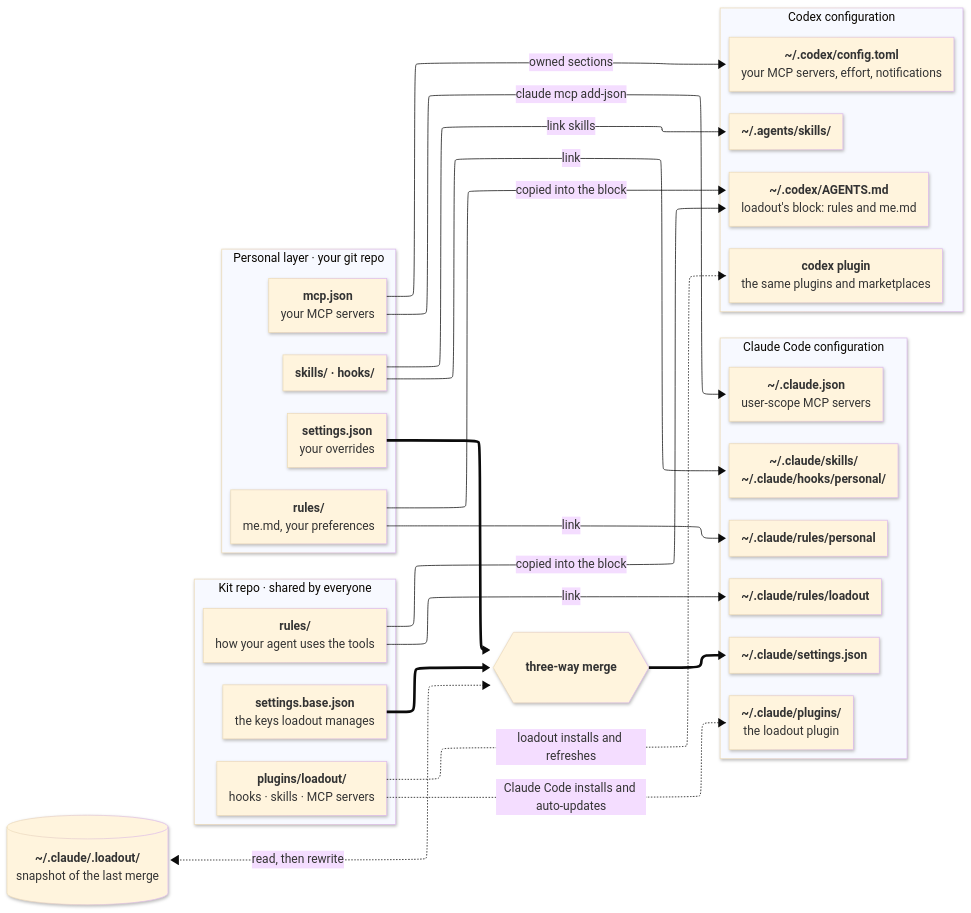
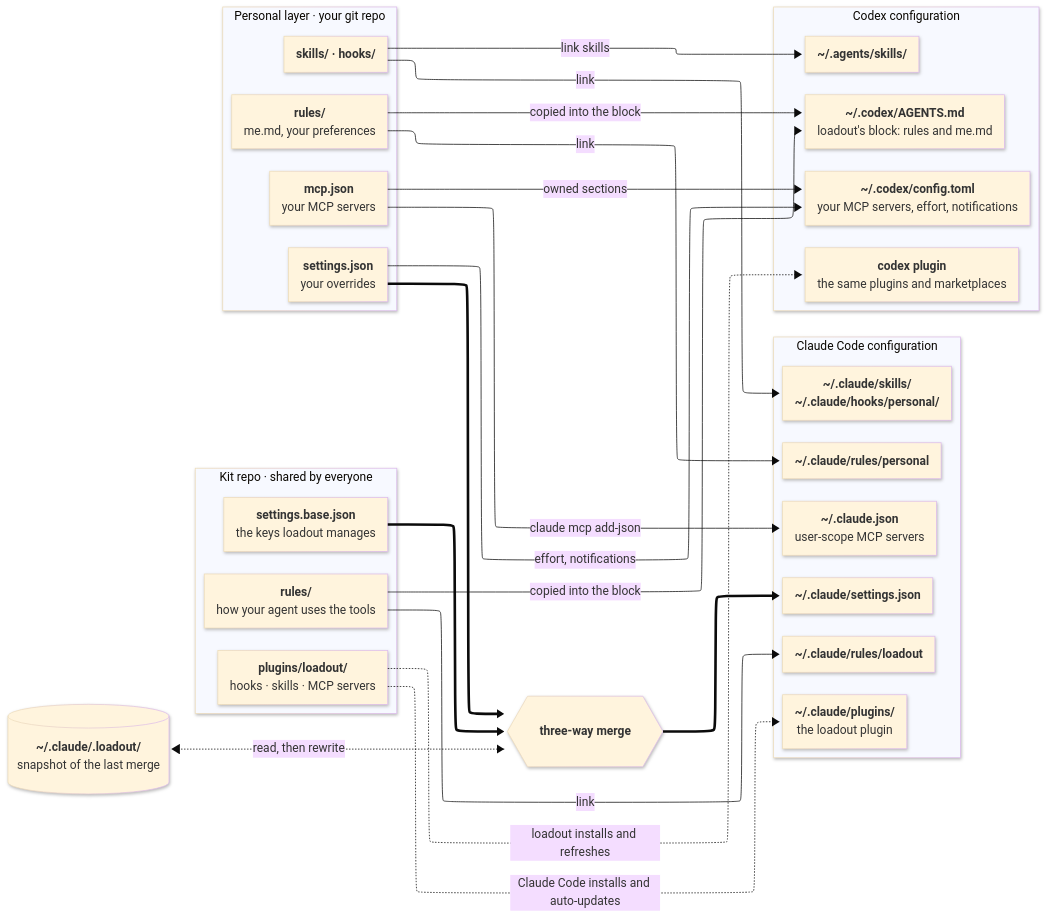
One commit to jonasyr/agent-loadout changed the diagram in docs/diagrams/architecture-overview.mmd. Above: the diagram before and after it, drawn with Mermaid (base theme). The commit also changed 13 other files, not shown here.

```diff
--- a/docs/diagrams/architecture-overview.mmd
+++ b/docs/diagrams/architecture-overview.mmd
@@ -1,87 +1,88 @@
 ---
 config:
   look: neo
   layout: elk
   flowchart:
     curve: basis
     nodeSpacing: 24
     rankSpacing: 80
     wrappingWidth: 320
 ---
 flowchart LR
   subgraph KIT["Kit repo · shared by everyone"]
     direction TB
     kPlugin["`**plugins/loadout/**
     hooks · skills · MCP servers`"]
     kRules["`**rules/**
     how your agent uses the tools`"]
     kBase["`**settings.base.json**
     the keys loadout manages`"]
   end
 
   subgraph PER["Personal layer · your git repo"]
     direction TB
     pRules["`**rules/**
     me.md, your preferences`"]
     pSkills["`**skills/ · hooks/**`"]
     pSet["`**settings.json**
     your overrides`"]
     pMcp["`**mcp.json**
     your MCP servers`"]
   end
 
   merge{{"`**three-way merge**`"}}
   snap[("`**~/.claude/.loadout/**
   snapshot of the last merge`")]
 
   subgraph CC["Claude Code configuration"]
     direction TB
     cPlugin["`**~/.claude/plugins/**
     the loadout plugin`"]
     cRulesK["`**~/.claude/rules/loadout**`"]
     cRulesP["`**~/.claude/rules/personal**`"]
     cSkills["`**~/.claude/skills/**
     **~/.claude/hooks/personal/**`"]
     cSet["`**~/.claude/settings.json**`"]
     cMcp["`**~/.claude.json**
     user-scope MCP servers`"]
   end
 
   subgraph CX["Codex configuration"]
     direction TB
     xPlugin["`**codex plugin**
     the same plugins and marketplaces`"]
     xAgents["`**~/.codex/AGENTS.md**
     loadout's block: rules and me.md`"]
     xConf["`**~/.codex/config.toml**
     your MCP servers, effort, notifications`"]
     xSkills["`**~/.agents/skills/**`"]
   end
 
   kPlugin -. "Claude Code installs and auto-updates" .-> cPlugin
   kRules -- link --> cRulesK
   pRules -- link --> cRulesP
   pSkills -- link --> cSkills
   kBase e4@==> merge
   pSet e5@==> merge
   snap <-. "read, then rewrite" .-> merge
   merge e7@==> cSet
   pMcp -- "claude mcp add-json" --> cMcp
   kPlugin -. "loadout installs and refreshes" .-> xPlugin
   kRules -- "copied into the block" --> xAgents
   pRules -- "copied into the block" --> xAgents
   pSkills -- "link skills" --> xSkills
   pMcp -- "owned sections" --> xConf
+  pSet -- "effort, notifications" --> xConf
 
   class kPlugin,kRules,kBase kit
   class pRules,pSkills,pSet,pMcp personal
   class cPlugin,cRulesK,cRulesP,cSkills,cSet,cMcp claude
   class merge engine
   class snap state
   class KIT kitGroup
   class PER personalGroup
   class CC claudeGroup
   class xPlugin,xAgents,xConf,xSkills codex
   class CX codexGroup
   class e4,e5,e7 emph
 %% palette
```
